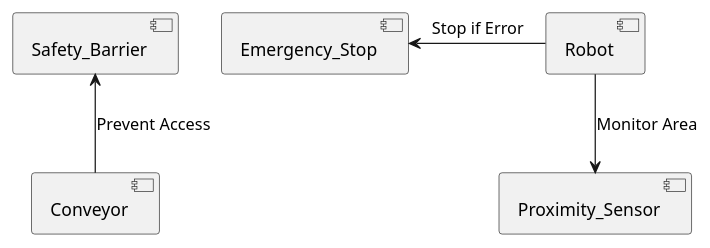
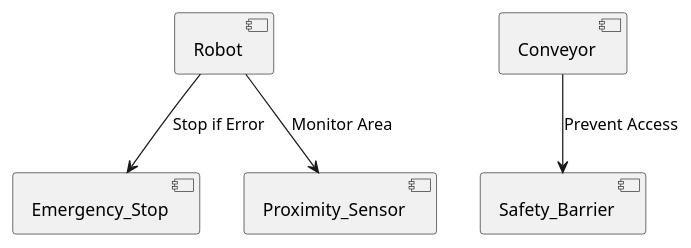
Before and after one commit to MetalRecyclingSaxion/Project: the diagram in src/4.2SafetyDiagrams.md, drawn with PlantUML. The commit also changed other lines of this file and 35 other files, not shown here.

````diff
--- a/src/4.2SafetyDiagrams.md
+++ b/src/4.2SafetyDiagrams.md
@@ -11,13 +11,16 @@
 ```plantuml
 @startuml
+' Define components
 component Robot
 component Conveyor
 component Emergency_Stop
 component Proximity_Sensor
 component Safety_Barrier
 
-Robot -down-> Proximity_Sensor: Monitor Area
-Robot -left-> Emergency_Stop: Stop if Error
-Conveyor -up-> Safety_Barrier: Prevent Access
+' Corrected relationships with valid directions
+Robot --> Proximity_Sensor : Monitor Area
+Robot --> Emergency_Stop : Stop if Error
+Conveyor --> Safety_Barrier : Prevent Access
+
 @enduml
 ```
````
